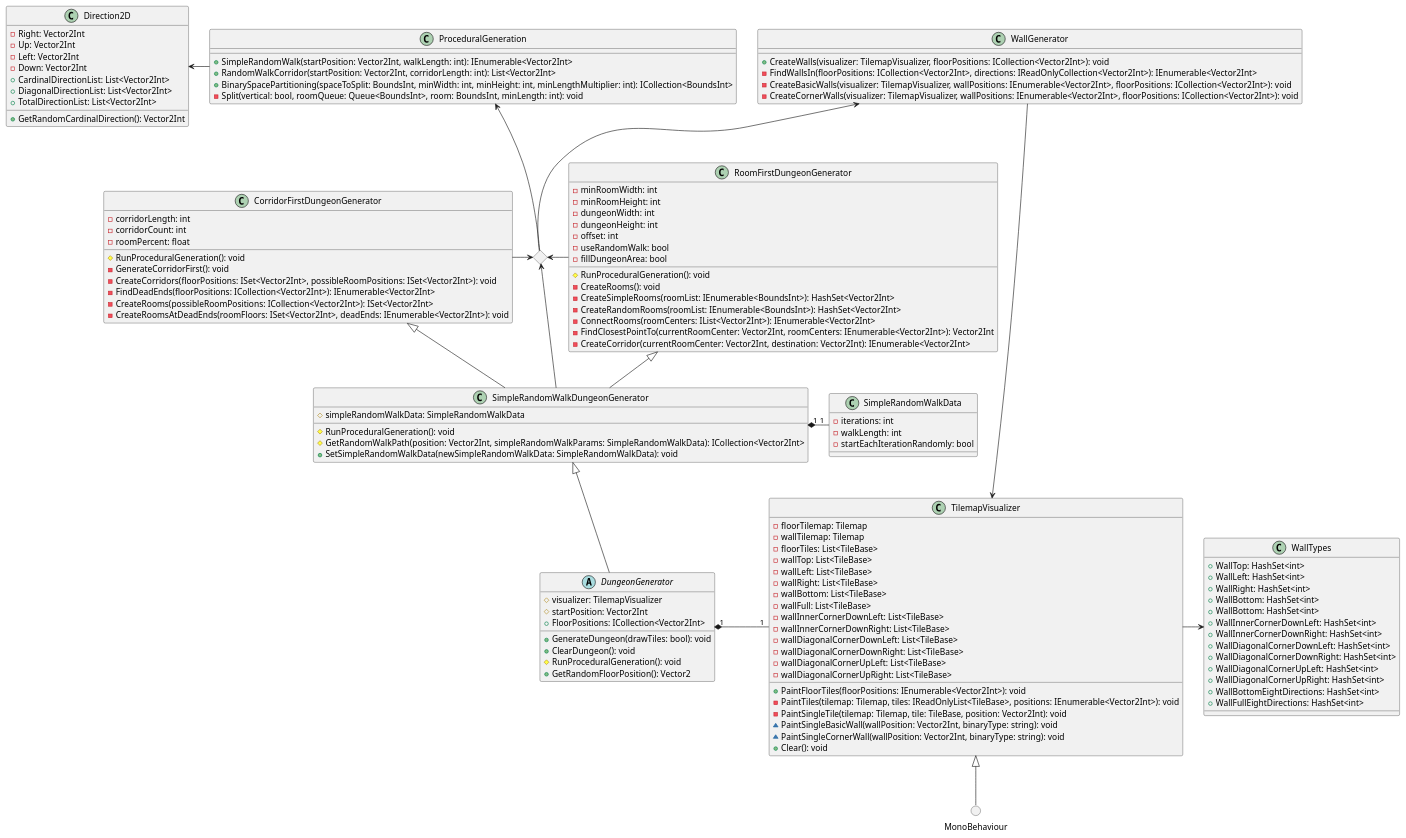
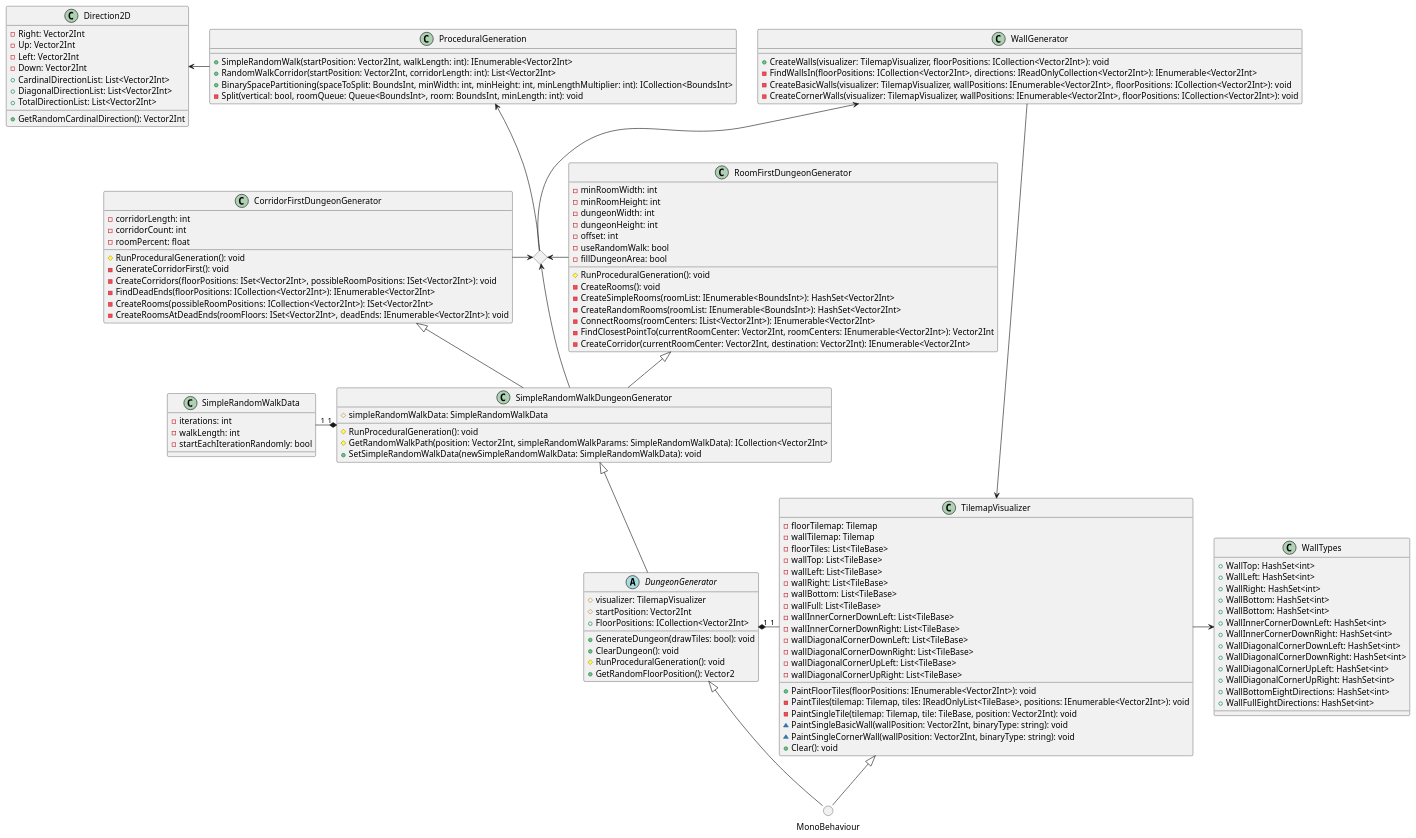
Before and after one commit to rrrrares33/MDS-UnityProject: the diagram in UML/DungeonClasses.puml, drawn with PlantUML. The commit also changed 2 other files, not shown here.

Commit message:
Fix UML diagram

```diff
--- a/UML/DungeonClasses.puml
+++ b/UML/DungeonClasses.puml
@@ -1,152 +1,153 @@
 @startuml
 
 () MonoBehaviour
 <> diamond
 
 class ProceduralGeneration
 {
     +SimpleRandomWalk(startPosition: Vector2Int, walkLength: int): IEnumerable<Vector2Int>
     +RandomWalkCorridor(startPosition: Vector2Int, corridorLength: int): List<Vector2Int>
     +BinarySpacePartitioning(spaceToSplit: BoundsInt, minWidth: int, minHeight: int, minLengthMultiplier: int): ICollection<BoundsInt>
     -Split(vertical: bool, roomQueue: Queue<BoundsInt>, room: BoundsInt, minLength: int): void
 }
 class Direction2D
 {
     -Right: Vector2Int
     -Up: Vector2Int
     -Left: Vector2Int
     -Down: Vector2Int
     +CardinalDirectionList: List<Vector2Int>
     +DiagonalDirectionList: List<Vector2Int>
     +TotalDirectionList: List<Vector2Int>
     
     +GetRandomCardinalDirection(): Vector2Int
 }
 
 abstract class DungeonGenerator
 {
     #visualizer: TilemapVisualizer
     #startPosition: Vector2Int
     +FloorPositions: ICollection<Vector2Int>
     
     +GenerateDungeon(drawTiles: bool): void
     +ClearDungeon(): void
     #RunProceduralGeneration(): void
     +GetRandomFloorPosition(): Vector2
 }
 
 class SimpleRandomWalkDungeonGenerator
 {
     #simpleRandomWalkData: SimpleRandomWalkData
     
     #RunProceduralGeneration(): void
     #GetRandomWalkPath(position: Vector2Int, simpleRandomWalkParams: SimpleRandomWalkData): ICollection<Vector2Int>
     +SetSimpleRandomWalkData(newSimpleRandomWalkData: SimpleRandomWalkData): void
 }
 
 class SimpleRandomWalkData
 {
     -iterations: int
     -walkLength: int
     -startEachIterationRandomly: bool
 }
 
 class CorridorFirstDungeonGenerator
 {
     -corridorLength: int
     -corridorCount: int
     -roomPercent: float
     
     #RunProceduralGeneration(): void
     -GenerateCorridorFirst(): void
     -CreateCorridors(floorPositions: ISet<Vector2Int>, possibleRoomPositions: ISet<Vector2Int>): void
     -FindDeadEnds(floorPositions: ICollection<Vector2Int>): IEnumerable<Vector2Int>
     -CreateRooms(possibleRoomPositions: ICollection<Vector2Int>): ISet<Vector2Int>
     -CreateRoomsAtDeadEnds(roomFloors: ISet<Vector2Int>, deadEnds: IEnumerable<Vector2Int>): void
 }
 
 class RoomFirstDungeonGenerator
 {
     -minRoomWidth: int
     -minRoomHeight: int
     -dungeonWidth: int
     -dungeonHeight: int
     -offset: int
     -useRandomWalk: bool
     -fillDungeonArea: bool
     
     #RunProceduralGeneration(): void
     -CreateRooms(): void
     -CreateSimpleRooms(roomList: IEnumerable<BoundsInt>): HashSet<Vector2Int>
     -CreateRandomRooms(roomList: IEnumerable<BoundsInt>): HashSet<Vector2Int>
     -ConnectRooms(roomCenters: IList<Vector2Int>): IEnumerable<Vector2Int>
     -FindClosestPointTo(currentRoomCenter: Vector2Int, roomCenters: IEnumerable<Vector2Int>): Vector2Int
     -CreateCorridor(currentRoomCenter: Vector2Int, destination: Vector2Int): IEnumerable<Vector2Int>
 }
 
 class TilemapVisualizer
 {
     -floorTilemap: Tilemap
     -wallTilemap: Tilemap
     -floorTiles: List<TileBase>
     -wallTop: List<TileBase>
     -wallLeft: List<TileBase>
     -wallRight: List<TileBase>
     -wallBottom: List<TileBase>
     -wallFull: List<TileBase>
     -wallInnerCornerDownLeft: List<TileBase>
     -wallInnerCornerDownRight: List<TileBase>
     -wallDiagonalCornerDownLeft: List<TileBase>
     -wallDiagonalCornerDownRight: List<TileBase>
     -wallDiagonalCornerUpLeft: List<TileBase>
     -wallDiagonalCornerUpRight: List<TileBase>
     
     +PaintFloorTiles(floorPositions: IEnumerable<Vector2Int>): void
     -PaintTiles(tilemap: Tilemap, tiles: IReadOnlyList<TileBase>, positions: IEnumerable<Vector2Int>): void
     -PaintSingleTile(tilemap: Tilemap, tile: TileBase, position: Vector2Int): void
     ~PaintSingleBasicWall(wallPosition: Vector2Int, binaryType: string): void
     ~PaintSingleCornerWall(wallPosition: Vector2Int, binaryType: string): void
     +Clear(): void
 }
 
 class WallGenerator
 {
     +CreateWalls(visualizer: TilemapVisualizer, floorPositions: ICollection<Vector2Int>): void
     -FindWallsIn(floorPositions: ICollection<Vector2Int>, directions: IReadOnlyCollection<Vector2Int>): IEnumerable<Vector2Int>
     -CreateBasicWalls(visualizer: TilemapVisualizer, wallPositions: IEnumerable<Vector2Int>, floorPositions: ICollection<Vector2Int>): void
     -CreateCornerWalls(visualizer: TilemapVisualizer, wallPositions: IEnumerable<Vector2Int>, floorPositions: ICollection<Vector2Int>): void
 }
 
 class WallTypes
 {
     +WallTop: HashSet<int>
     +WallLeft: HashSet<int>
     +WallRight: HashSet<int>
     +WallBottom: HashSet<int>
     +WallBottom: HashSet<int>
     +WallInnerCornerDownLeft: HashSet<int>
     +WallInnerCornerDownRight: HashSet<int>
     +WallDiagonalCornerDownLeft: HashSet<int>
     +WallDiagonalCornerDownRight: HashSet<int>
     +WallDiagonalCornerUpLeft: HashSet<int>
     +WallDiagonalCornerUpRight: HashSet<int>
     +WallBottomEightDirections: HashSet<int>
     +WallFullEightDirections: HashSet<int>
 }
 
 TilemapVisualizer <|-- MonoBehaviour
+DungeonGenerator <|-- MonoBehaviour
 TilemapVisualizer -> WallTypes
 DungeonGenerator "1" *- "1" TilemapVisualizer
 SimpleRandomWalkDungeonGenerator <|-- DungeonGenerator
 SimpleRandomWalkData "1" -* "1" SimpleRandomWalkDungeonGenerator
 CorridorFirstDungeonGenerator <|-- SimpleRandomWalkDungeonGenerator
 RoomFirstDungeonGenerator <|-- SimpleRandomWalkDungeonGenerator
 diamond <-- SimpleRandomWalkDungeonGenerator
 CorridorFirstDungeonGenerator -> diamond
 diamond <- RoomFirstDungeonGenerator
 WallGenerator <-- diamond
 WallGenerator --> TilemapVisualizer
 ProceduralGeneration <-- diamond
 Direction2D <- ProceduralGeneration
 
 @enduml
```
